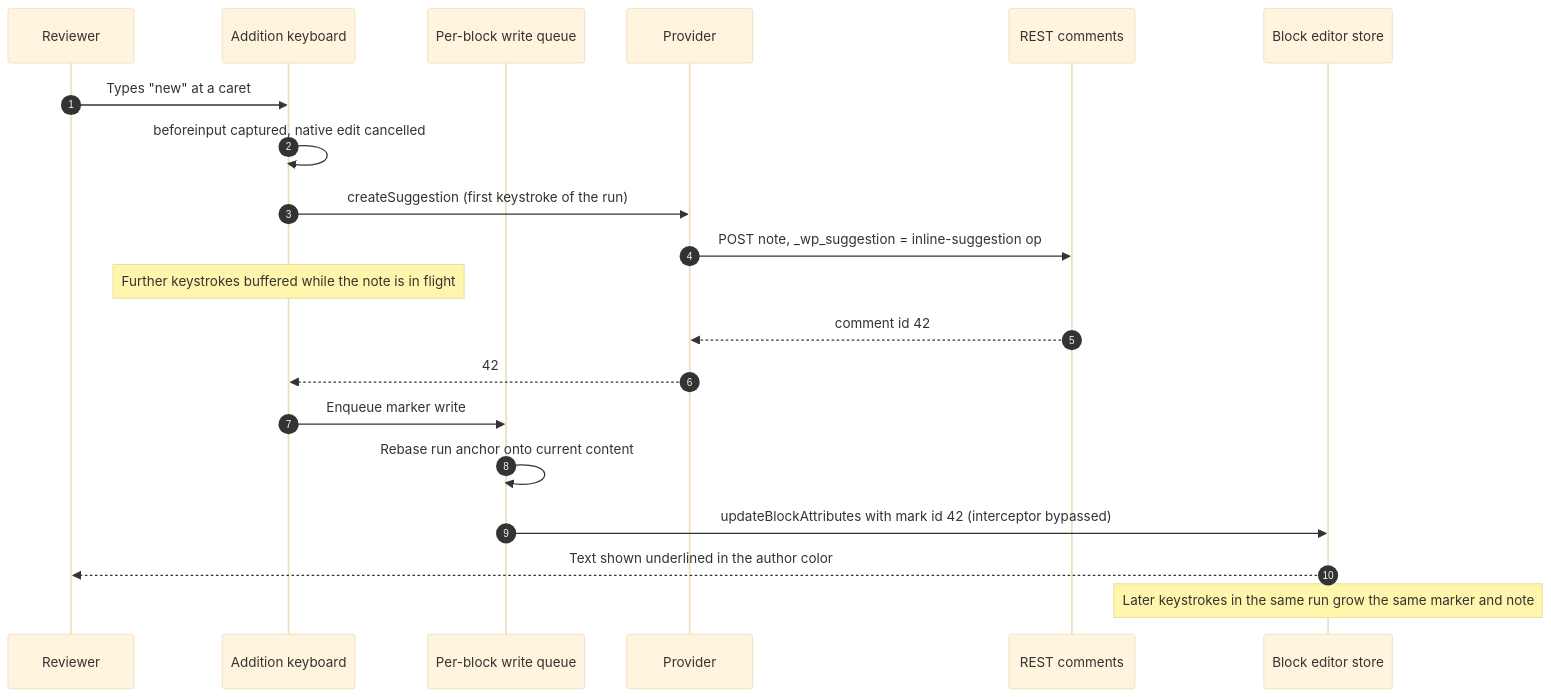
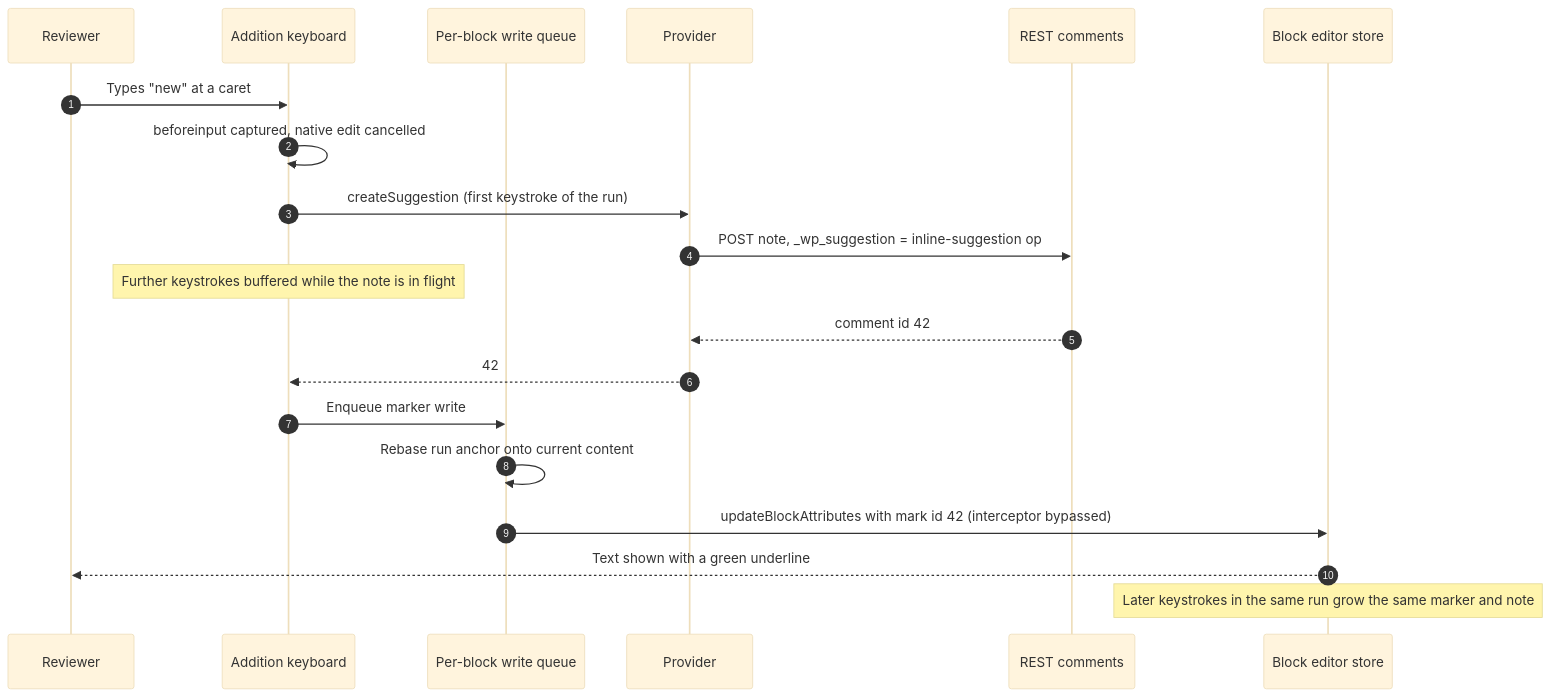
One commit to WordPress/gutenberg changed the fourth of 8 diagrams in docs/explanations/architecture/suggestions-overview.md. Above: the diagram before and after it, drawn with Mermaid (base theme). The commit also changed 1 other file, not shown here.

Commit message:
Suggestion mode: Document the green and red marker tints
Claude-Session: https://claude.ai/code/session_018vwYjUxTyLPDe7HkXh9Zhk

````diff
--- a/docs/explanations/architecture/suggestions-overview.md
+++ b/docs/explanations/architecture/suggestions-overview.md
@@ -168,23 +168,23 @@
 ```mermaid
 sequenceDiagram
     autonumber
     participant R as Reviewer
     participant K as Addition keyboard
     participant Q as Per-block write queue
     participant P as Provider
     participant API as REST comments
     participant S as Block editor store
 
     R->>K: Types "new" at a caret
     K->>K: beforeinput captured, native edit cancelled
     K->>P: createSuggestion (first keystroke of the run)
     P->>API: POST note, _wp_suggestion = inline-suggestion op
     Note over K: Further keystrokes buffered while the note is in flight
     API-->>P: comment id 42
     P-->>K: 42
     K->>Q: Enqueue marker write
     Q->>Q: Rebase run anchor onto current content
     Q->>S: updateBlockAttributes with mark id 42 (interceptor bypassed)
-    S-->>R: Text shown underlined in the author color
+    S-->>R: Text shown with a green underline
     Note over S: Later keystrokes in the same run grow the same marker and note
 ```
````
